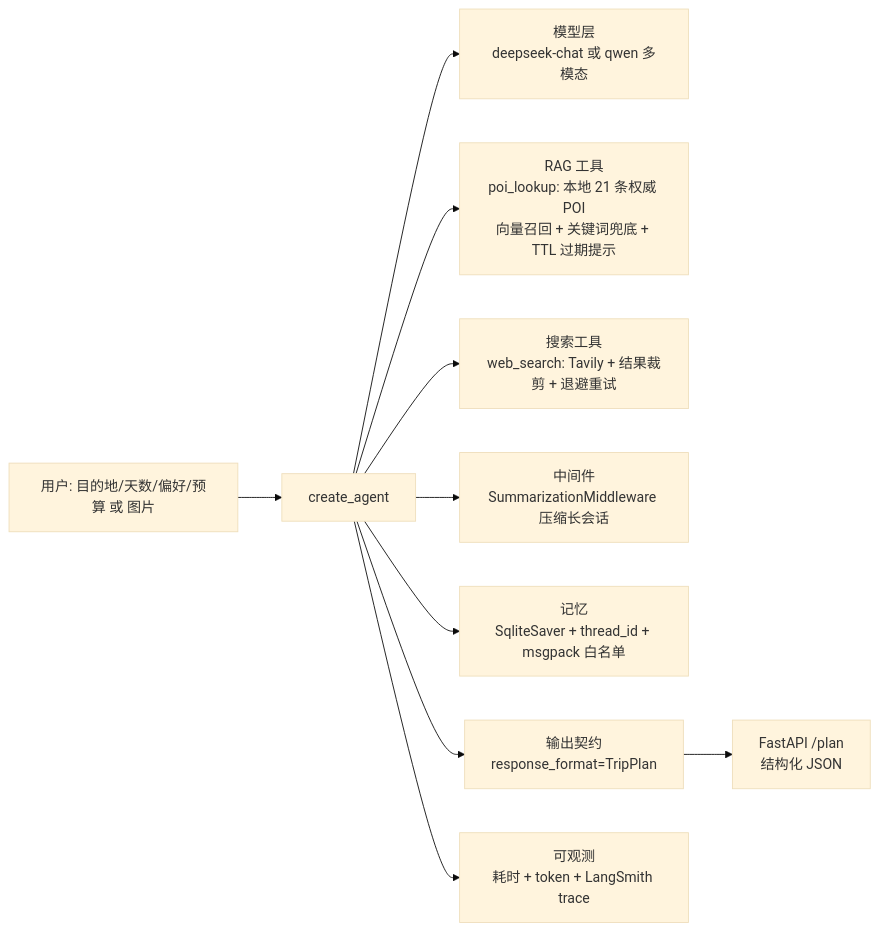
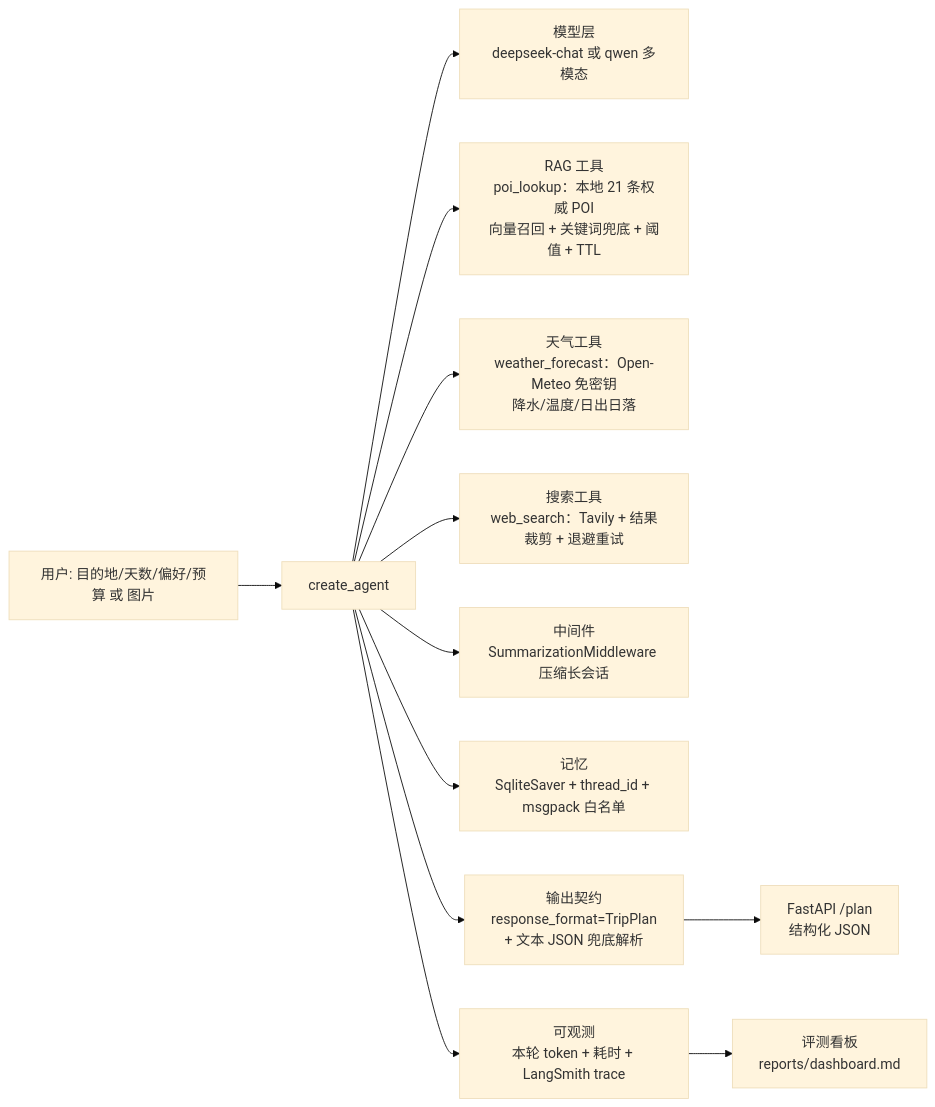
Before and after one commit to czj-91/ai-travel-agent: the diagram in README.md, drawn with Mermaid (base theme). The commit also changed other lines of this file and 20 other files, not shown here.

````diff
--- a/README.md
+++ b/README.md
@@ -13,12 +13,14 @@
 ```mermaid
 flowchart LR
     U[用户: 目的地/天数/偏好/预算 或 图片] --> A[create_agent]
     A --> M[模型层<br/>deepseek-chat 或 qwen 多模态]
-    A --> R[RAG 工具<br/>poi_lookup: 本地 21 条权威 POI<br/>向量召回 + 关键词兜底 + TTL 过期提示]
-    A --> T[搜索工具<br/>web_search: Tavily + 结果裁剪 + 退避重试]
+    A --> R[RAG 工具<br/>poi_lookup：本地 21 条权威 POI<br/>向量召回 + 关键词兜底 + 阈值 + TTL]
+    A --> W[天气工具<br/>weather_forecast：Open-Meteo 免密钥<br/>降水/温度/日出日落]
+    A --> T[搜索工具<br/>web_search：Tavily + 结果裁剪 + 退避重试]
     A --> MW[中间件<br/>SummarizationMiddleware 压缩长会话]
     A --> C[记忆<br/>SqliteSaver + thread_id + msgpack 白名单]
-    A --> S[输出契约<br/>response_format=TripPlan]
+    A --> S[输出契约<br/>response_format=TripPlan<br/>+ 文本 JSON 兜底解析]
     S --> API[FastAPI /plan<br/>结构化 JSON]
-    A --> O[可观测<br/>耗时 + token + LangSmith trace]
+    A --> O[可观测<br/>本轮 token + 耗时 + LangSmith trace]
+    O --> D[评测看板<br/>reports/dashboard.md]
 ```
````
